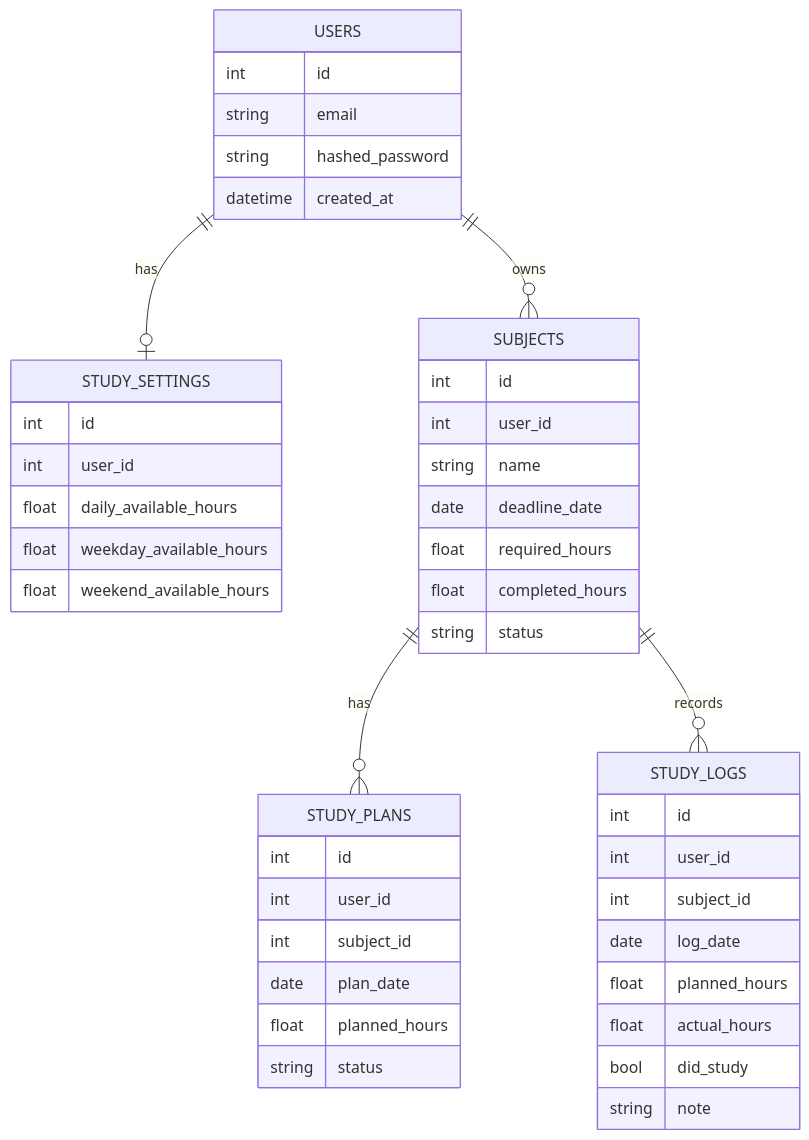
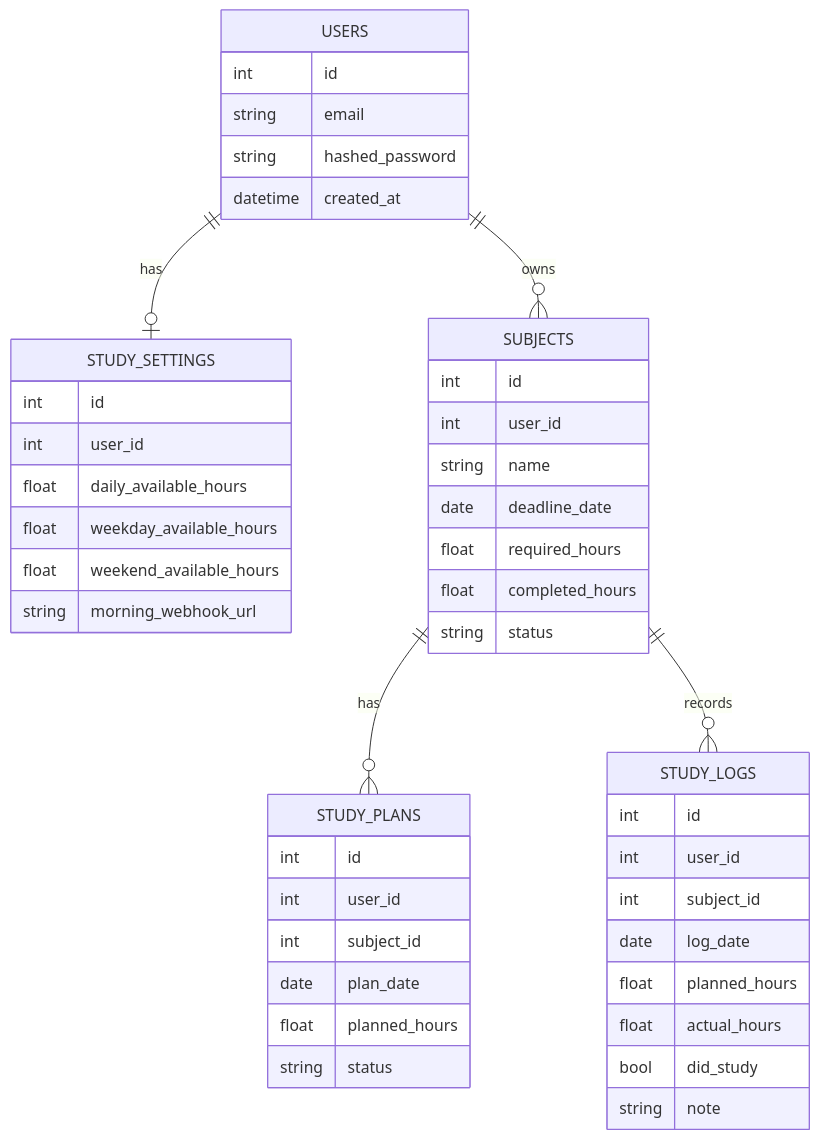
The third of 3 diagrams in README.md (yuina368/ScheduleSystemAI), drawn with Mermaid before and after one commit. The commit also changed other lines of this file and 19 other files, not shown here.

Commit message:
Add regression analytics and morning webhook

````diff
--- a/README.md
+++ b/README.md
@@ -105,52 +112,53 @@
 ```mermaid
 erDiagram
   USERS ||--o| STUDY_SETTINGS : has
   USERS ||--o{ SUBJECTS : owns
   SUBJECTS ||--o{ STUDY_PLANS : has
   SUBJECTS ||--o{ STUDY_LOGS : records
 
   USERS {
     int id
     string email
     string hashed_password
     datetime created_at
   }
 
   STUDY_SETTINGS {
     int id
     int user_id
     float daily_available_hours
     float weekday_available_hours
     float weekend_available_hours
+    string morning_webhook_url
   }
 
   SUBJECTS {
     int id
     int user_id
     string name
     date deadline_date
     float required_hours
     float completed_hours
     string status
   }
 
   STUDY_PLANS {
     int id
     int user_id
     int subject_id
     date plan_date
     float planned_hours
     string status
   }
 
   STUDY_LOGS {
     int id
     int user_id
     int subject_id
     date log_date
     float planned_hours
     float actual_hours
     bool did_study
     string note
   }
 ```
````
